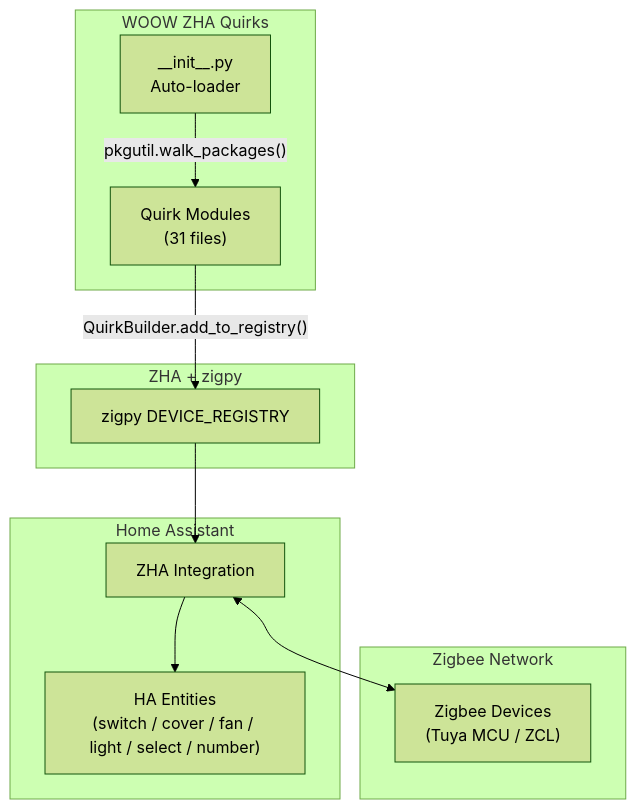
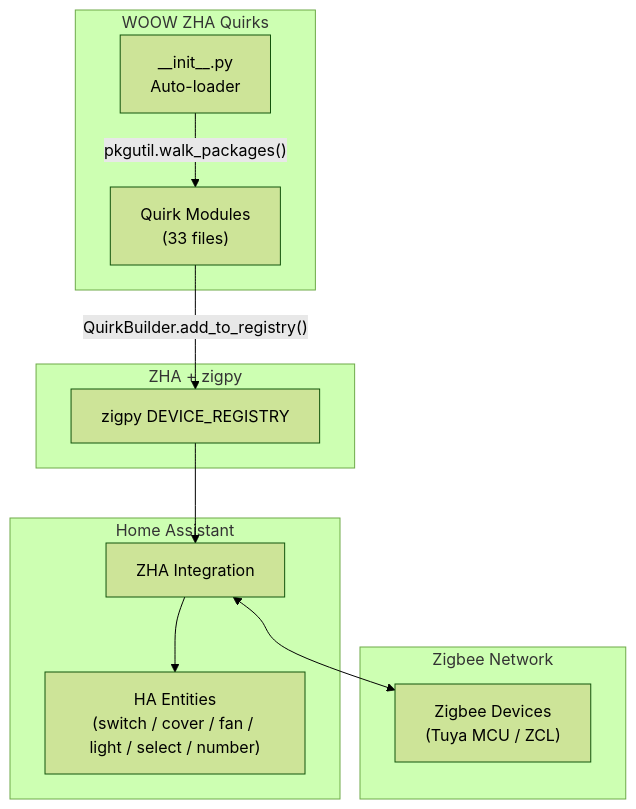
One commit to WOOWTECH/Woow_ha_zha_quirk_component changed the diagram in README.md. Above: the diagram before and after it, drawn with Mermaid (forest theme). The commit also changed other lines of this file and 1 other file, not shown here.

````diff
--- a/README.md
+++ b/README.md
@@ -770,26 +776,26 @@
 ```mermaid
 graph TB
     subgraph "Home Assistant"
         HA_ZHA[ZHA Integration]
         HA_ENTITIES["HA Entities<br/>(switch / cover / fan / light / select / number)"]
     end
 
     subgraph "WOOW ZHA Quirks"
         INIT["__init__.py<br/>Auto-loader"]
-        QUIRKS["Quirk Modules<br/>(31 files)"]
+        QUIRKS["Quirk Modules<br/>(33 files)"]
     end
 
     subgraph "ZHA + zigpy"
         ZIGPY_REG["zigpy DEVICE_REGISTRY"]
     end
 
     subgraph "Zigbee Network"
         DEVICES["Zigbee Devices<br/>(Tuya MCU / ZCL)"]
     end
 
     HA_ZHA --> HA_ENTITIES
     INIT -->|"pkgutil.walk_packages()"| QUIRKS
     QUIRKS -->|"QuirkBuilder.add_to_registry()"| ZIGPY_REG
     ZIGPY_REG --> HA_ZHA
     HA_ZHA <--> DEVICES
 ```
````
